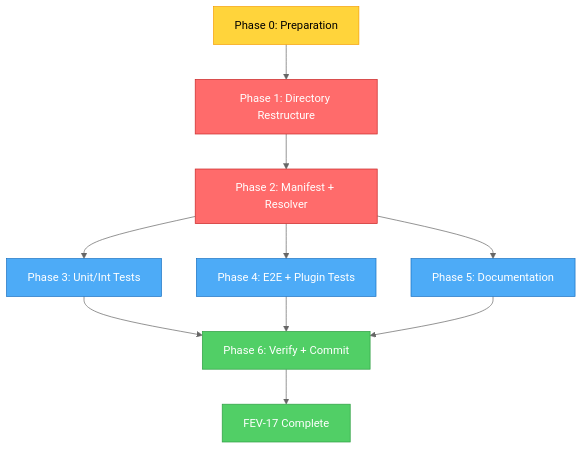
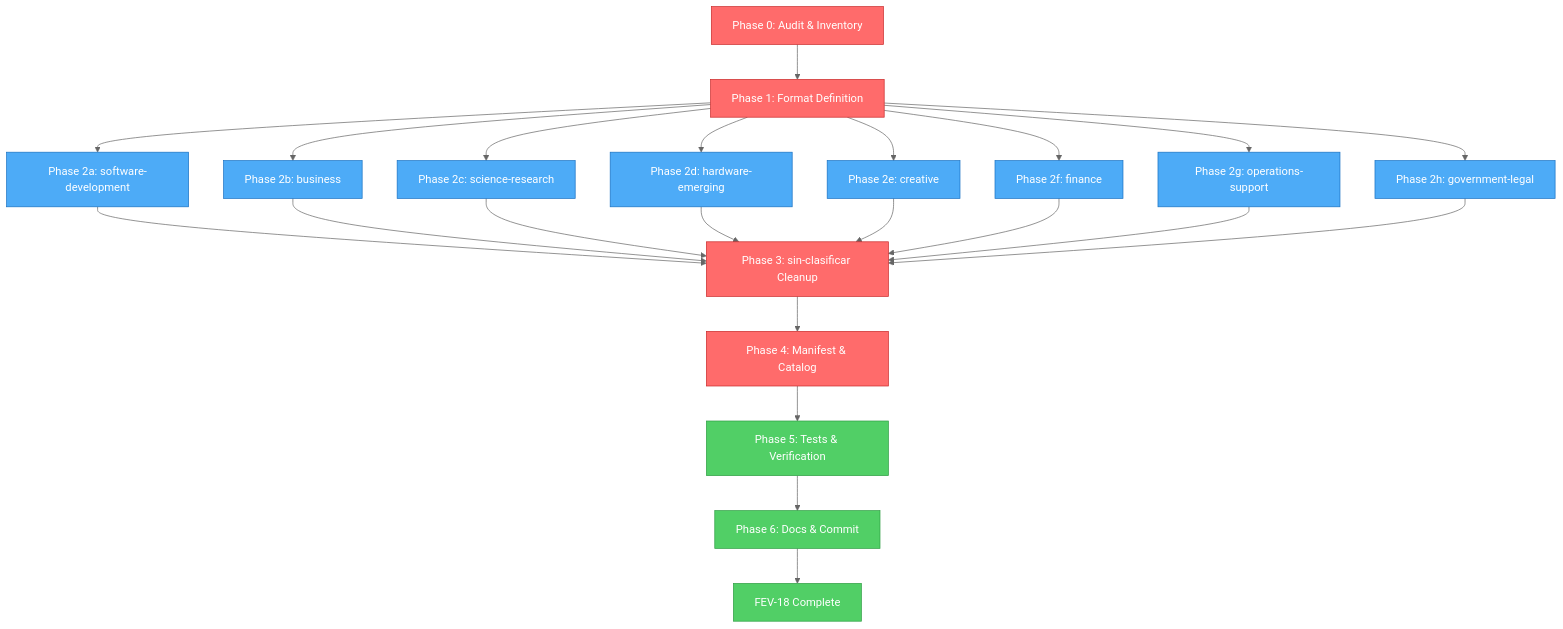
One commit to Fisherk2/codice-opencode changed the first of 2 diagrams in tasks/plan.md. Above: the diagram before and after it, drawn with Mermaid (neutral theme). The commit also changed other lines of this file and 1 other file, not shown here.

First line of the commit message:
docs(tasks): establish FEV-18 implementation plan

````diff
--- a/tasks/plan.md
+++ b/tasks/plan.md
@@ -69,22 +138,33 @@
 ```mermaid
 graph TD
-    P0[Phase 0: Preparation] --> P1[Phase 1: Directory Restructure]
-    P1 --> P2[Phase 2: Manifest + Resolver]
-    P2 --> P3[Phase 3: Unit/Int Tests]
-    P2 --> P4[Phase 4: E2E + Plugin Tests]
-    P2 --> P5[Phase 5: Documentation]
-    P3 --> P6[Phase 6: Verify + Commit]
-    P4 --> P6
-    P5 --> P6
-    P6 --> DONE[FEV-17 Complete]
+    P0[Phase 0: Audit & Inventory] --> P1[Phase 1: Format Definition]
+    P1 --> P2A[Phase 2a: software-development]
+    P1 --> P2B[Phase 2b: business]
+    P1 --> P2C[Phase 2c: science-research]
+    P1 --> P2D[Phase 2d: hardware-emerging]
+    P1 --> P2E[Phase 2e: creative]
+    P1 --> P2F[Phase 2f: finance]
+    P1 --> P2G[Phase 2g: operations-support]
+    P1 --> P2H[Phase 2h: government-legal]
+    P2A --> P3[Phase 3: sin-clasificar Cleanup]
+    P2B --> P3
+    P2C --> P3
+    P2D --> P3
+    P2E --> P3
+    P2F --> P3
+    P2G --> P3
+    P2H --> P3
+    P3 --> P4[Phase 4: Manifest & Catalog]
+    P4 --> P5[Phase 5: Tests & Verification]
+    P5 --> P6[Phase 6: Docs & Commit]
+    P6 --> DONE[FEV-18 Complete]
 
     classDef crit fill:#ff6b6b,stroke:#c92a2a,color:#fff
     classDef gate fill:#51cf66,stroke:#2f9e44,color:#fff
     classDef par fill:#4dabf7,stroke:#1971c2,color:#fff
     classDef seq fill:#ffd43b,stroke:#f59f00,color:#000
 
-    class P1,P2 crit
-    class P6,DONE gate
-    class P3,P4,P5 par
-    class P0 seq
+    class P0,P1,P3,P4 crit
+    class P5,P6,DONE gate
+    class P2A,P2B,P2C,P2D,P2E,P2F,P2G,P2H par
 ```
````
